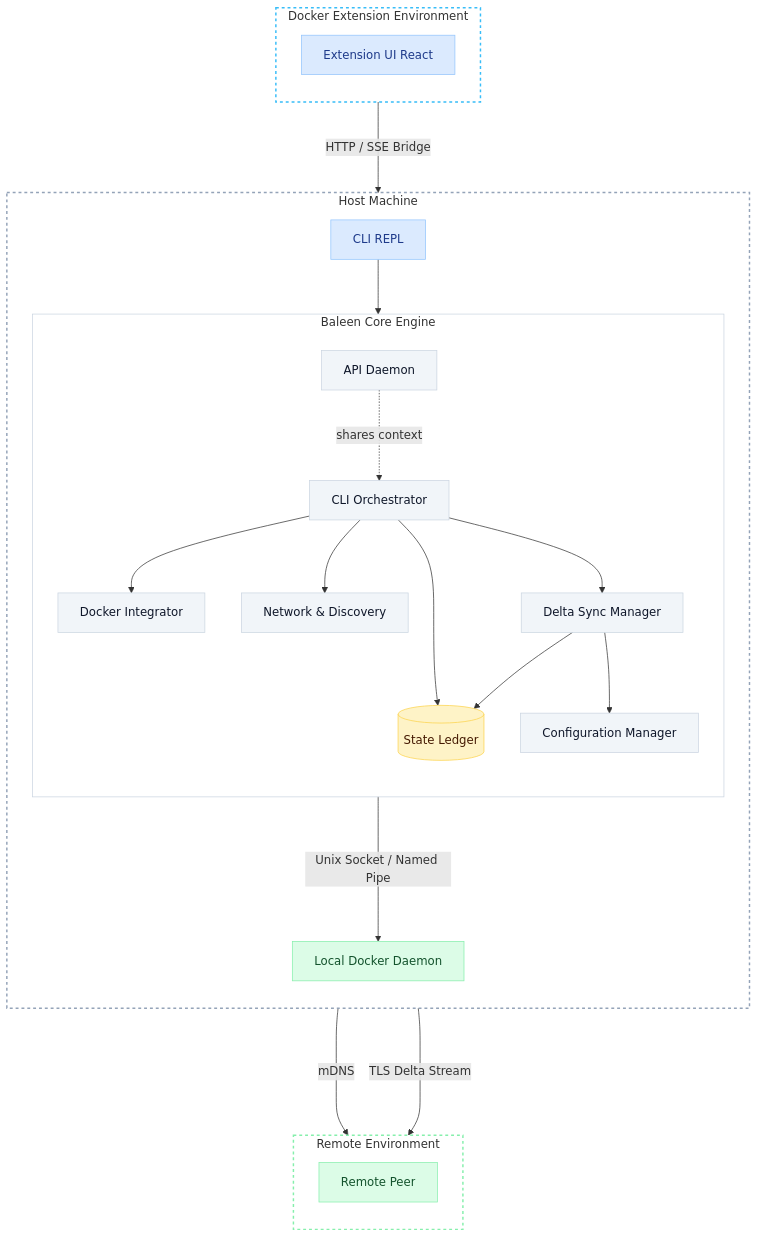
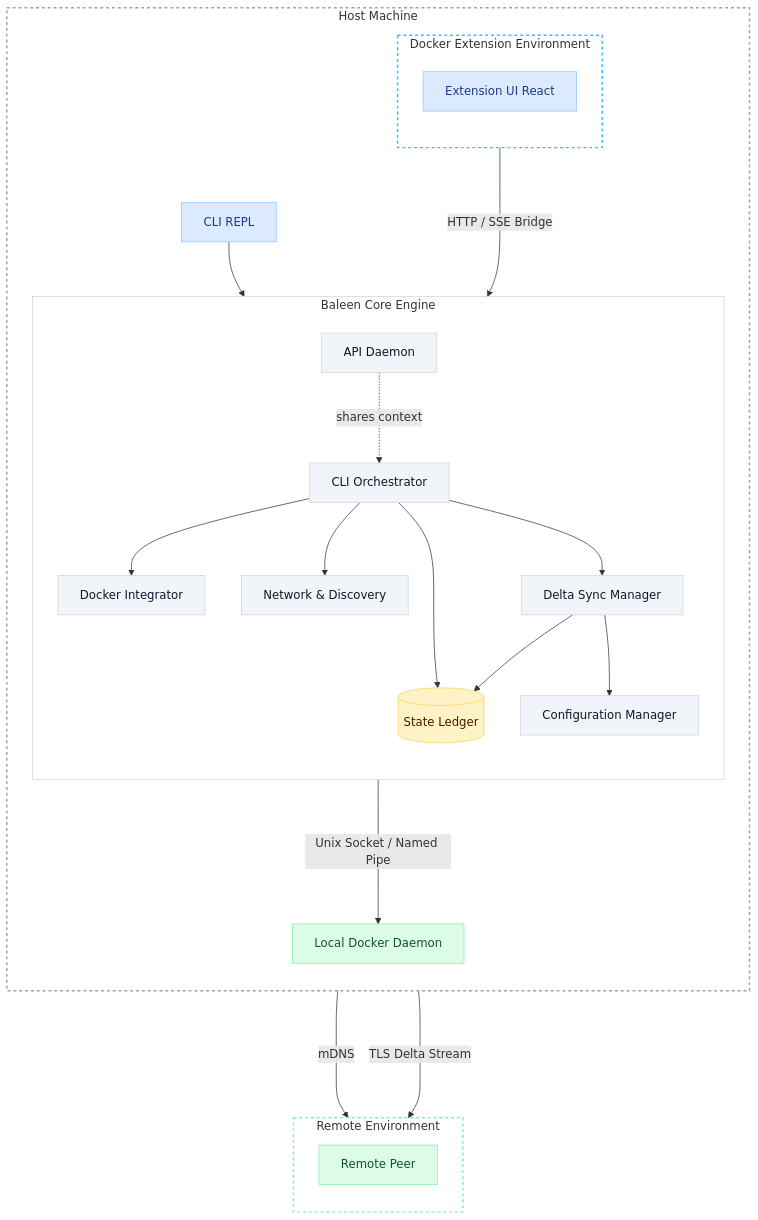
The diagram in README.md (BGYKanishka/baleen-engine), drawn with Mermaid before and after one commit. The commit also changed 5 other files, not shown here.

Commit message:
feat(docker): fix architecture mismatch tag loss and backup logic on import

````diff
--- a/README.md
+++ b/README.md
@@ -31,62 +31,62 @@
 ```mermaid
 graph TD
     %% Node Styling (Muted, professional colors)
     classDef ui fill:#dbeafe,stroke:#93c5fd,color:#1e3a8a;
     classDef core fill:#f1f5f9,stroke:#cbd5e1,color:#0f172a;
     classDef db fill:#fef3c7,stroke:#fcd34d,color:#451a03;
     classDef ext fill:#dcfce7,stroke:#86efac,color:#14532d;
 
     %% Environment Boundaries Styling
     style DockerExt fill:none,stroke:#38bdf8,stroke-width:2px,stroke-dasharray: 4 4
     style HostOS fill:none,stroke:#94a3b8,stroke-width:2px,stroke-dasharray: 4 4
     style Core fill:none,stroke:#cbd5e1,stroke-width:1px
     style RemoteMachine fill:none,stroke:#86efac,stroke-width:2px,stroke-dasharray: 4 4
 
-    subgraph DockerExt [Docker Extension Environment]
-        direction TB
-        UI[Extension UI React]:::ui
-    end
-
     subgraph HostOS [Host Machine]
         direction TB
         CLI[CLI REPL]:::ui
-        
+
+        subgraph DockerExt [Docker Extension Environment]
+            direction TB
+            UI[Extension UI React]:::ui
+        end
+
         subgraph Core [Baleen Core Engine]
             direction TB
             API[API Daemon]:::core
             CLI_PKG[CLI Orchestrator]:::core
             Net[Network & Discovery]:::core
             Trans[Delta Sync Manager]:::core
             Doc[Docker Integrator]:::core
             Ledger[(State Ledger)]:::db
             Config[Configuration Manager]:::core
         end
-        
+
         Daemon[Local Docker Daemon]:::ext
     end
 
     subgraph RemoteMachine [Remote Environment]
         direction TB
         Peer[Remote Peer]:::ext
     end
 
     %% Environment Crossing
     UI --->|HTTP / SSE Bridge| API
-    
+
     %% Internal Host connections
     CLI --> CLI_PKG
     API -.->|shares context| CLI_PKG
-    
+
     CLI_PKG --> Doc
     CLI_PKG --> Ledger
     CLI_PKG --> Net
     CLI_PKG --> Trans
-    
+
     Trans --> Config
     Trans --> Ledger
     Doc --->|Unix Socket / Named Pipe| Daemon
 
     %% Network Connections
     Net ---->|mDNS| Peer
     Trans ---->|TLS Delta Stream| Peer
 ```
````
